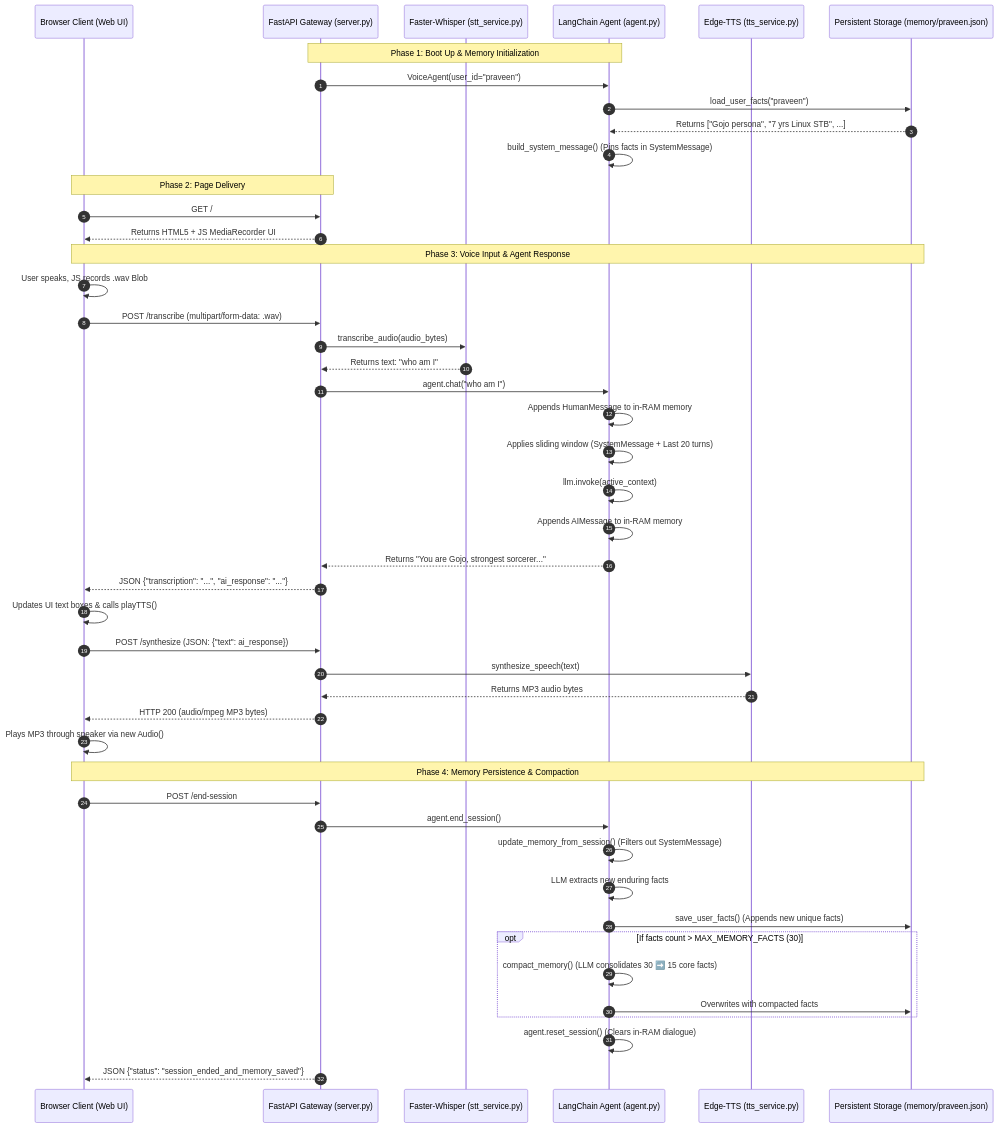
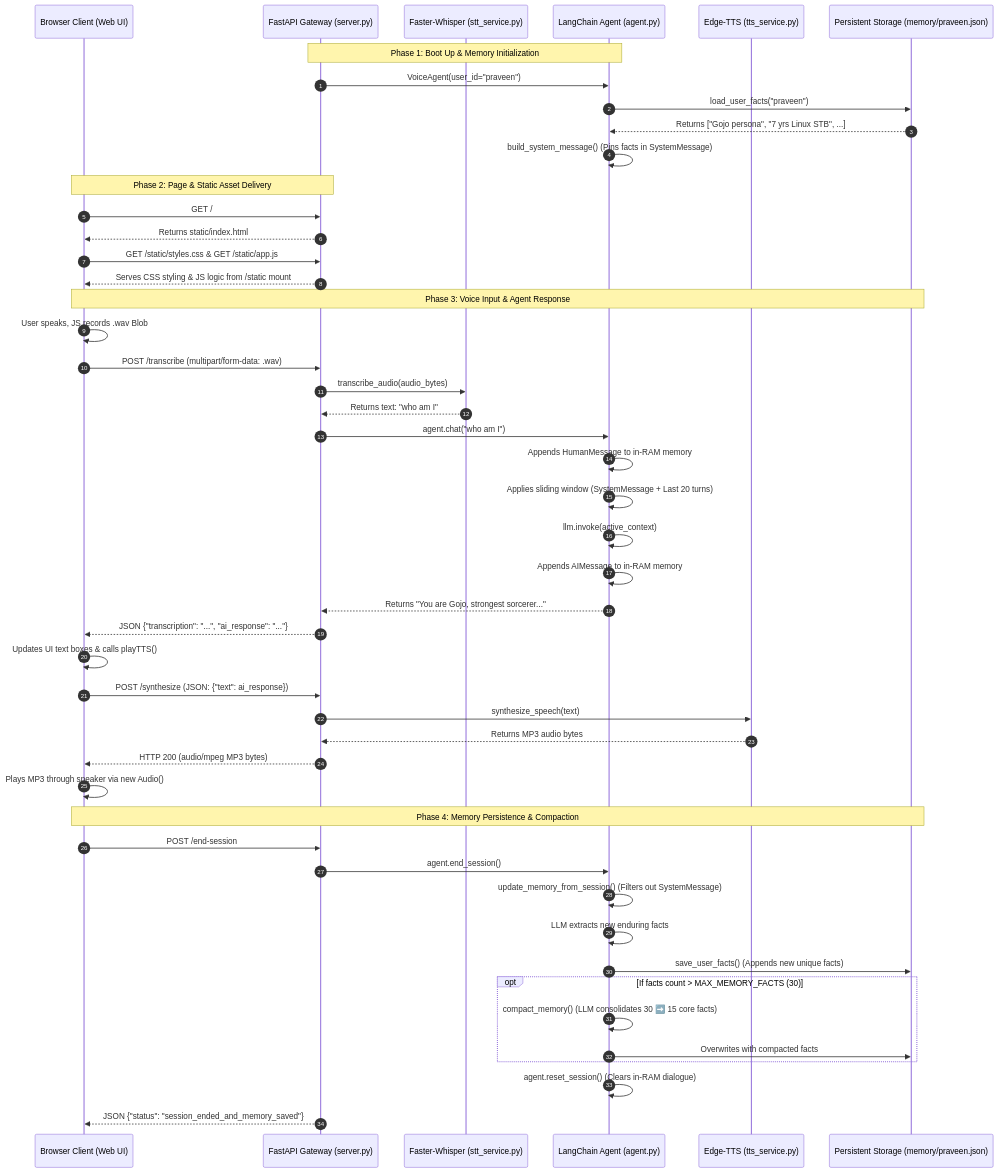
Before and after one commit to lilkiddy/AI: the diagram in langchainAgent/docs/CODE_FLOW_AND_API.md, drawn with Mermaid. The commit also changed other lines of this file and 7 other files, not shown here.

````diff
--- a/langchainAgent/docs/CODE_FLOW_AND_API.md
+++ b/langchainAgent/docs/CODE_FLOW_AND_API.md
@@ -32,52 +32,54 @@
 ```mermaid
 sequenceDiagram
     autonumber
     participant Browser as Browser Client (Web UI)
     participant Server as FastAPI Gateway (server.py)
     participant STT as Faster-Whisper (stt_service.py)
     participant Agent as LangChain Agent (agent.py)
     participant TTS as Edge-TTS (tts_service.py)
     participant Disk as Persistent Storage (memory/praveen.json)
 
     Note over Server,Agent: Phase 1: Boot Up & Memory Initialization
     Server->>Agent: VoiceAgent(user_id="praveen")
     Agent->>Disk: load_user_facts("praveen")
     Disk-->>Agent: Returns ["Gojo persona", "7 yrs Linux STB", ...]
     Agent->>Agent: build_system_message() (Pins facts in SystemMessage)
 
-    Note over Browser,Server: Phase 2: Page Delivery
+    Note over Browser,Server: Phase 2: Page & Static Asset Delivery
     Browser->>Server: GET /
-    Server-->>Browser: Returns HTML5 + JS MediaRecorder UI
+    Server-->>Browser: Returns static/index.html
+    Browser->>Server: GET /static/styles.css & GET /static/app.js
+    Server-->>Browser: Serves CSS styling & JS logic from /static mount
 
     Note over Browser,Disk: Phase 3: Voice Input & Agent Response
     Browser->>Browser: User speaks, JS records .wav Blob
     Browser->>Server: POST /transcribe (multipart/form-data: .wav)
     Server->>STT: transcribe_audio(audio_bytes)
     STT-->>Server: Returns text: "who am I"
     Server->>Agent: agent.chat("who am I")
     Agent->>Agent: Appends HumanMessage to in-RAM memory
     Agent->>Agent: Applies sliding window (SystemMessage + Last 20 turns)
     Agent->>Agent: llm.invoke(active_context)
     Agent->>Agent: Appends AIMessage to in-RAM memory
     Agent-->>Server: Returns "You are Gojo, strongest sorcerer..."
     Server-->>Browser: JSON {"transcription": "...", "ai_response": "..."}
     Browser->>Browser: Updates UI text boxes & calls playTTS()
     Browser->>Server: POST /synthesize (JSON: {"text": ai_response})
     Server->>TTS: synthesize_speech(text)
     TTS-->>Server: Returns MP3 audio bytes
     Server-->>Browser: HTTP 200 (audio/mpeg MP3 bytes)
     Browser->>Browser: Plays MP3 through speaker via new Audio()
 
     Note over Browser,Disk: Phase 4: Memory Persistence & Compaction
     Browser->>Server: POST /end-session
     Server->>Agent: agent.end_session()
     Agent->>Agent: update_memory_from_session() (Filters out SystemMessage)
     Agent->>Agent: LLM extracts new enduring facts
     Agent->>Disk: save_user_facts() (Appends new unique facts)
     opt If facts count > MAX_MEMORY_FACTS (30)
         Agent->>Agent: compact_memory() (LLM consolidates 30 ➡️ 15 core facts)
         Agent->>Disk: Overwrites with compacted facts
     end
     Agent->>Agent: agent.reset_session() (Clears in-RAM dialogue)
     Server-->>Browser: JSON {"status": "session_ended_and_memory_saved"}
 ```
````
